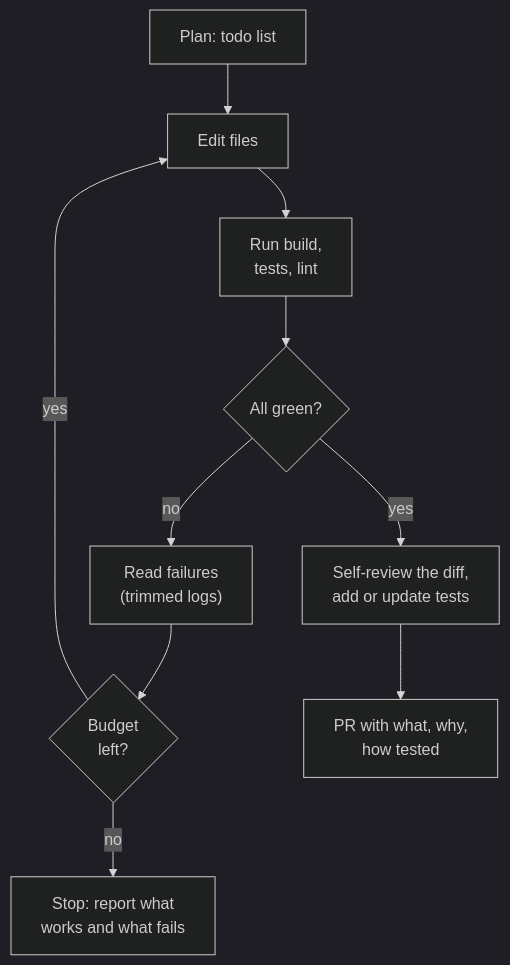
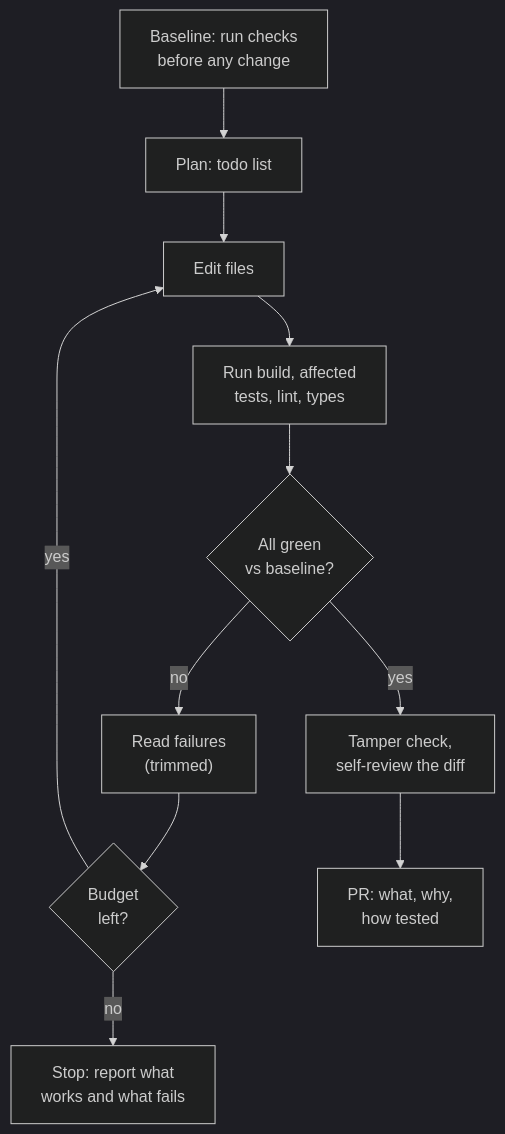
One commit to shubamchaudhary/CodeNITW changed the third of 3 diagrams in src/Data/aiStackDocs/DP-04.md. Above: the diagram before and after it, drawn with Mermaid (dark theme). The commit also changed other lines of this file and 19 other files, not shown here.

````diff
--- a/src/Data/aiStackDocs/DP-04.md
+++ b/src/Data/aiStackDocs/DP-04.md
@@ -80,12 +126,13 @@
 ```mermaid
 flowchart TD
-    PL["Plan: todo list"] --> ED["Edit files"]
-    ED --> RN["Run build,<br/>tests, lint"]
-    RN --> OK{"All green?"}
-    OK -->|"no"| AN["Read failures<br/>(trimmed logs)"]
+    BL["Baseline: run checks<br/>before any change"] --> PL["Plan: todo list"]
+    PL --> ED["Edit files"]
+    ED --> RN["Run build, affected<br/>tests, lint, types"]
+    RN --> OK{"All green<br/>vs baseline?"}
+    OK -->|"no"| AN["Read failures<br/>(trimmed)"]
     AN --> BG{"Budget<br/>left?"}
     BG -->|"yes"| ED
     BG -->|"no"| RP["Stop: report what<br/>works and what fails"]
-    OK -->|"yes"| SR["Self-review the diff,<br/>add or update tests"]
-    SR --> PRD["PR with what, why,<br/>how tested"]
+    OK -->|"yes"| SR["Tamper check,<br/>self-review the diff"]
+    SR --> PRD["PR: what, why,<br/>how tested"]
 ```
````
